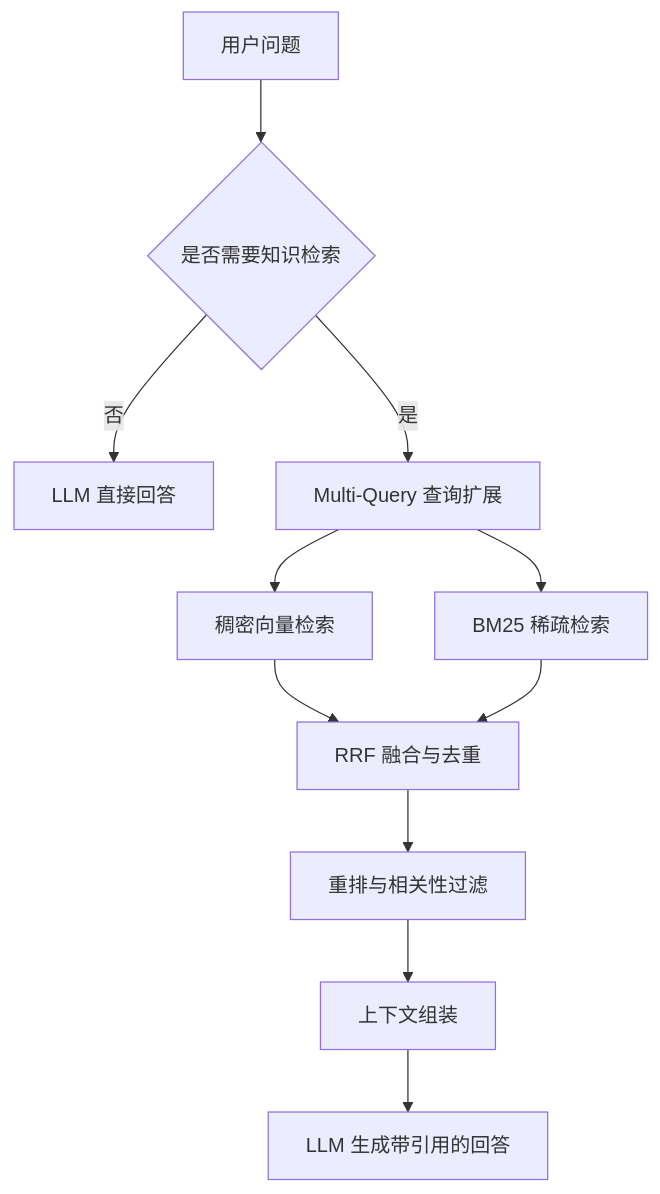
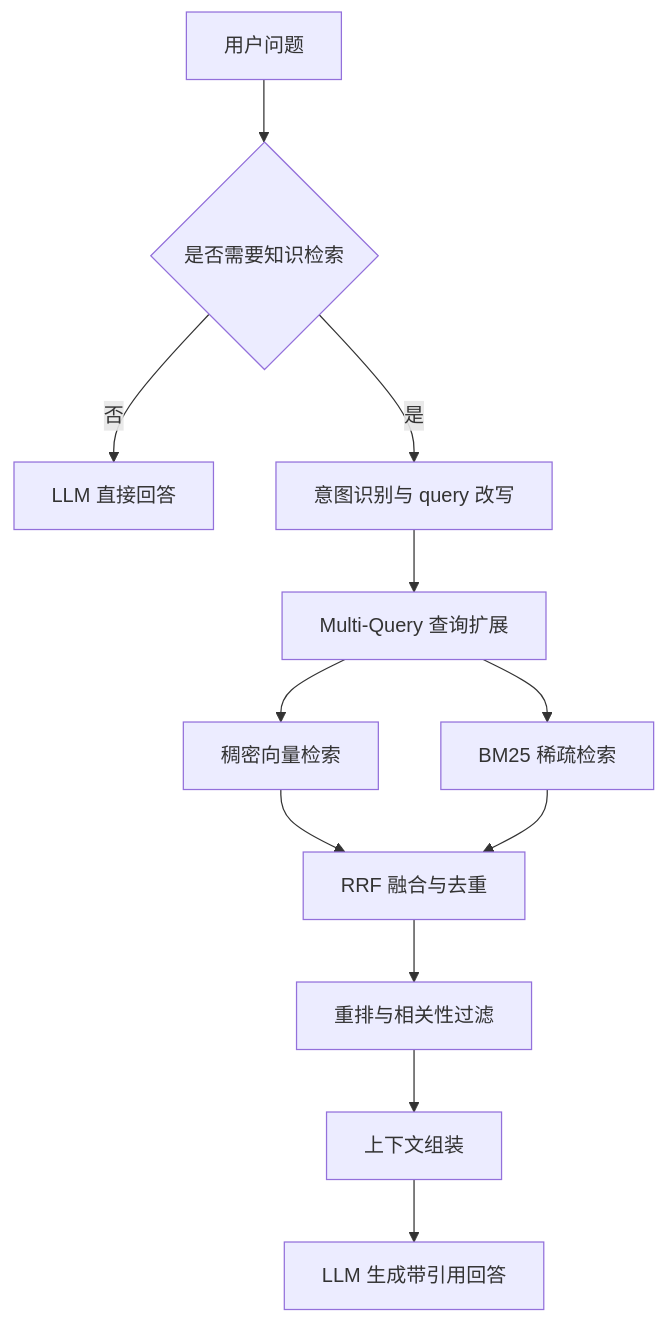
The second of 2 diagrams in README.md (GuLu37/Enterprise-Knowledge-System), drawn with Mermaid before and after one commit. The commit also changed other lines of this file and 10 other files, not shown here.

````diff
--- a/README.md
+++ b/README.md
@@ -156,13 +43,14 @@
 ```mermaid
 flowchart TD
     Q[用户问题] --> I{是否需要知识检索}
     I -->|否| D[LLM 直接回答]
-    I -->|是| MQ[Multi-Query 查询扩展]
+    I -->|是| R1[意图识别与 query 改写]
+    R1 --> MQ[Multi-Query 查询扩展]
     MQ --> DE[稠密向量检索]
     MQ --> SP[BM25 稀疏检索]
     DE --> RR[RRF 融合与去重]
     SP --> RR
     RR --> RE[重排与相关性过滤]
     RE --> CTX[上下文组装]
-    CTX --> G[LLM 生成带引用的回答]
+    CTX --> G[LLM 生成带引用回答]
 ```
````
